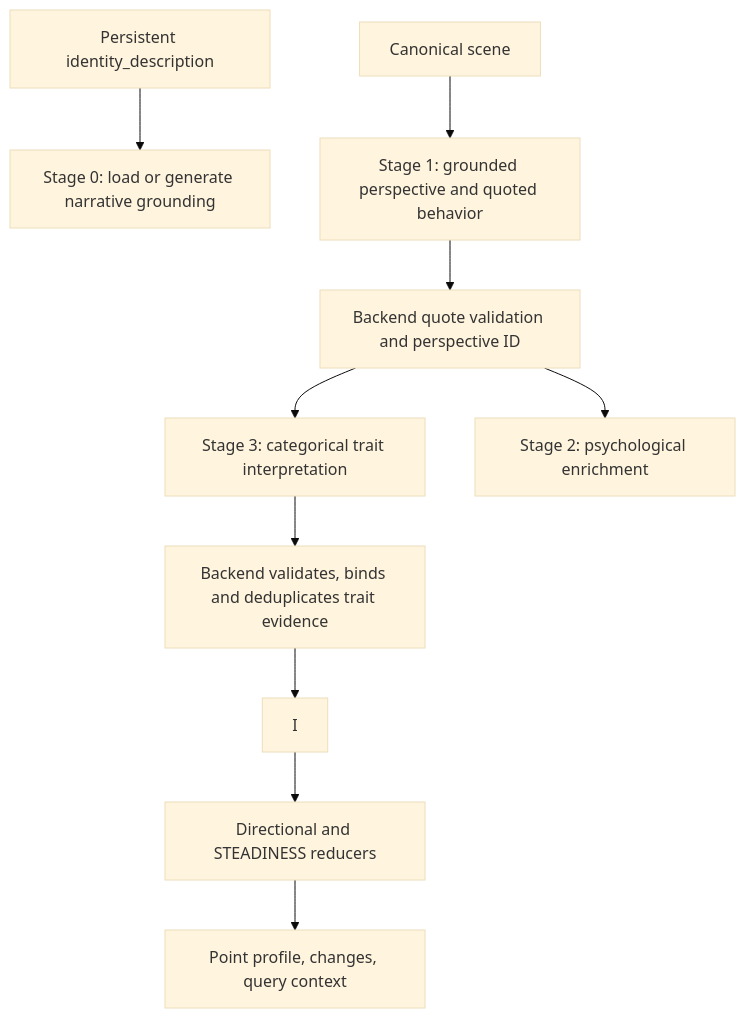
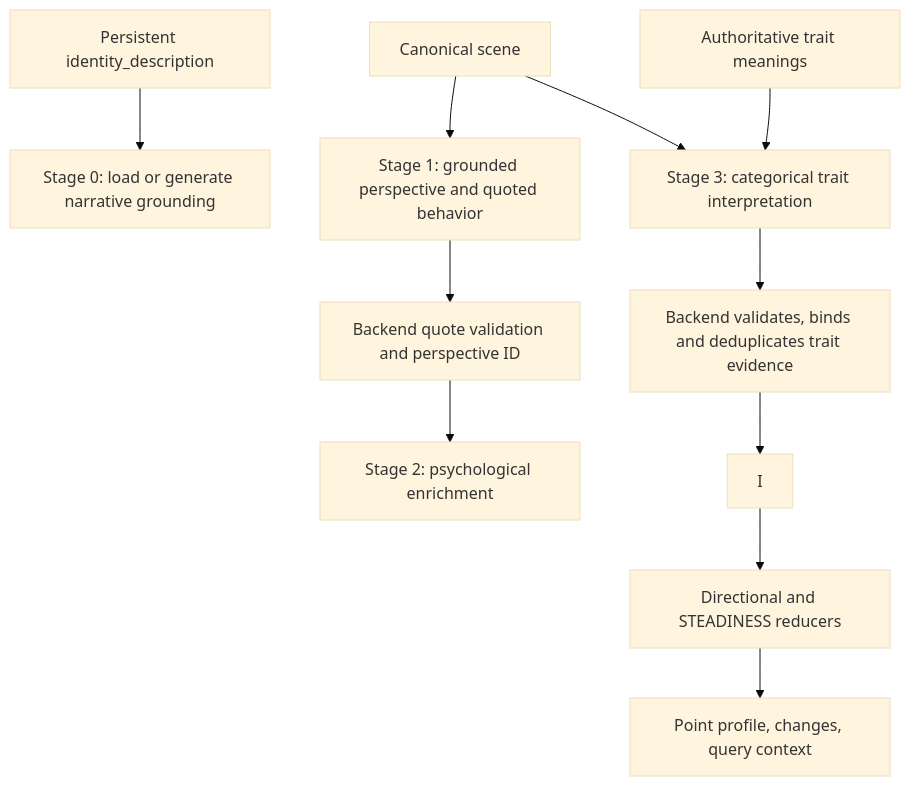
The diagram in Documentation/Agents/CharacterAgent/Dispositional Traits.md (pablovin/Shrecknet), drawn with Mermaid (base theme) before and after one commit. The commit also changed other lines of this file and 32 other files, not shown here.

````diff
--- a/Documentation/Agents/CharacterAgent/Dispositional Traits.md
+++ b/Documentation/Agents/CharacterAgent/Dispositional Traits.md
@@ -56,12 +56,13 @@
 ```mermaid
 flowchart TD
     A[Persistent identity_description] --> B[Stage 0: load or generate narrative grounding]
     C[Canonical scene] --> D[Stage 1: grounded perspective and quoted behavior]
+    C --> F[Stage 3: categorical trait interpretation]
     D --> E[Backend quote validation and perspective ID]
-    E --> F[Stage 3: categorical trait interpretation]
+    T[Authoritative trait meanings] --> F
     E --> G[Stage 2: psychological enrichment]
     F --> H[Backend validates, binds and deduplicates trait evidence]
     H --> I
     I --> J[Directional and STEADINESS reducers]
     J --> K[Point profile, changes, query context]
 ```
````
